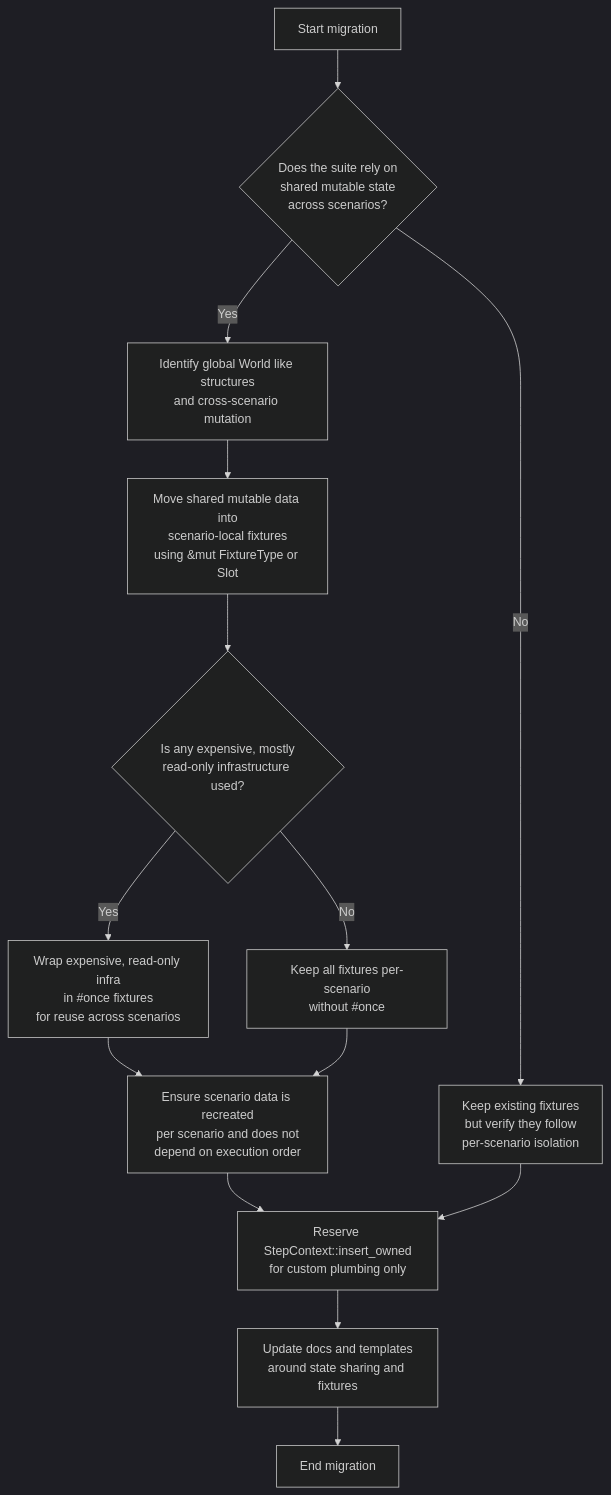
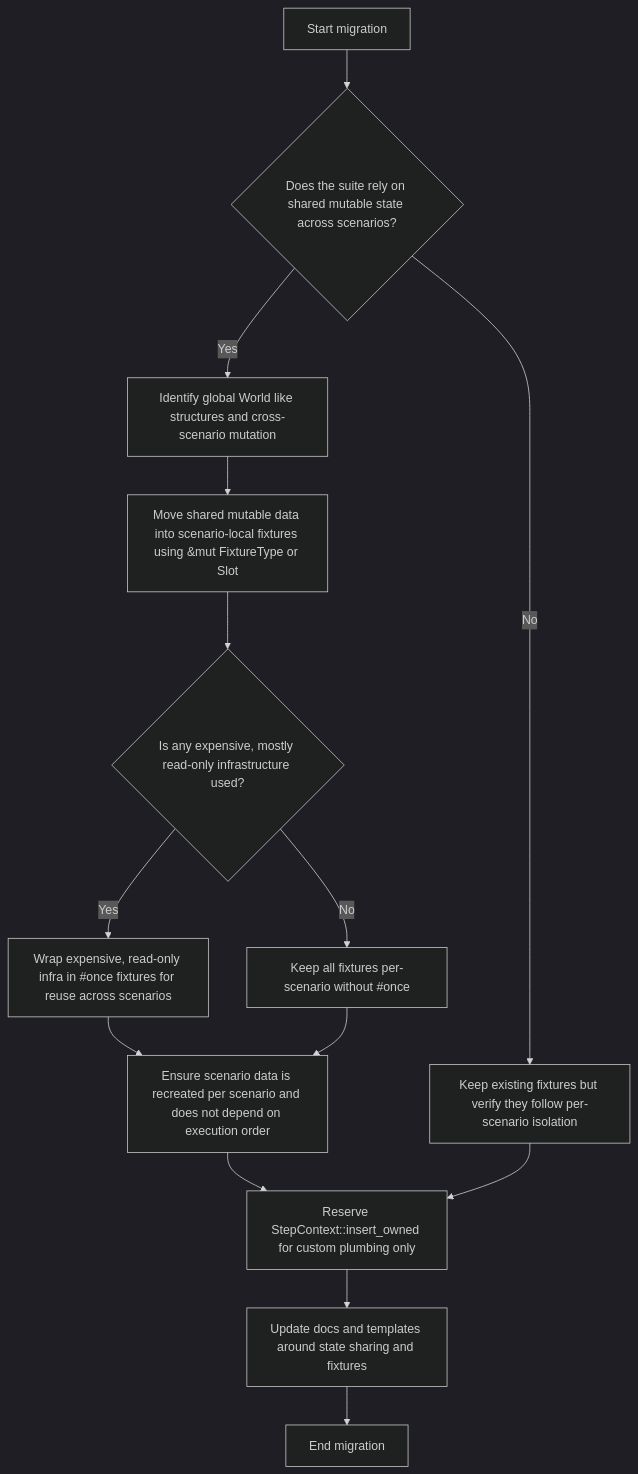
The diagram in docs/rstest-bdd-v0-5-0-migration-guide.md (leynos/ortho-config), drawn with Mermaid (dark theme) before and after one commit.

Commit message:
Fix Mermaid parse error in rstest-bdd v0.5.0 migration guide
The decision-flow diagram used literal newlines inside node labels, which
the current merman-cli/Mermaid parser rejects ("Unterminated node label").
Collapse each node label to a single line so nixie validates the diagram.

This is a pre-existing failure on main, unrelated to the 6.2.2 execplan; it
is fixed here only because the repository-wide documentation gate blocks the
branch.

````diff
--- a/docs/rstest-bdd-v0-5-0-migration-guide.md
+++ b/docs/rstest-bdd-v0-5-0-migration-guide.md
@@ -120,37 +120,22 @@
 ```mermaid
 flowchart TD
-    A[Start migration] --> B{Does the suite rely on
-shared mutable state
-across scenarios?}
+    A[Start migration] --> B{Does the suite rely on shared mutable state across scenarios?}
 
-    B -- Yes --> C[Identify global World like structures
-and cross-scenario mutation]
-    C --> D[Move shared mutable data into
-scenario-local fixtures
-using &mut FixtureType or Slot]
-    D --> E{Is any expensive, mostly
-read-only infrastructure used?}
+    B -- Yes --> C[Identify global World like structures and cross-scenario mutation]
+    C --> D[Move shared mutable data into scenario-local fixtures using &mut FixtureType or Slot]
+    D --> E{Is any expensive, mostly read-only infrastructure used?}
 
-    E -- Yes --> F[Wrap expensive, read-only infra
-in #once fixtures
-for reuse across scenarios]
-    E -- No --> G[Keep all fixtures per-scenario
-without #once]
+    E -- Yes --> F[Wrap expensive, read-only infra in #once fixtures for reuse across scenarios]
+    E -- No --> G[Keep all fixtures per-scenario without #once]
 
-    F --> H[Ensure scenario data is recreated
-per scenario and does not
-depend on execution order]
+    F --> H[Ensure scenario data is recreated per scenario and does not depend on execution order]
     G --> H
 
-    B -- No --> I[Keep existing fixtures
-but verify they follow
-per-scenario isolation]
+    B -- No --> I[Keep existing fixtures but verify they follow per-scenario isolation]
 
-    H --> J[Reserve StepContext::insert_owned
-for custom plumbing only]
+    H --> J[Reserve StepContext::insert_owned for custom plumbing only]
     I --> J
 
-    J --> K[Update docs and templates
-around state sharing and fixtures]
+    J --> K[Update docs and templates around state sharing and fixtures]
     K --> L[End migration]
 ```
````
